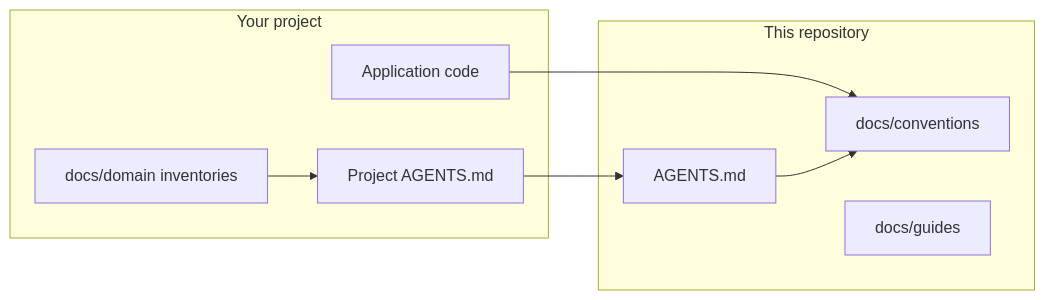
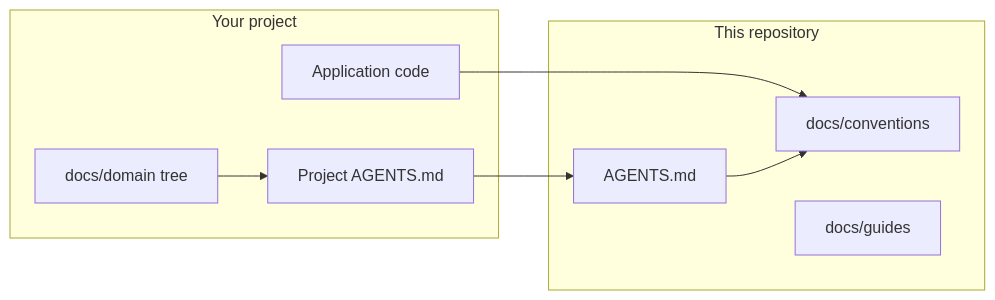
One commit to Litenova-Solutions/Engineering-Standards changed the diagram in README.md. Above: the diagram before and after it, drawn with Mermaid. The commit also changed other lines of this file and 69 other files, not shown here.

````diff
--- a/README.md
+++ b/README.md
@@ -7,17 +7,17 @@
 ```mermaid
 flowchart LR
   subgraph consume [Your project]
     App[Application code]
     Shim[Project AGENTS.md]
-    Domain[docs/domain inventories]
+    Domain[docs/domain tree]
   end
   subgraph standards [This repository]
     Agents[AGENTS.md]
     Conv[docs/conventions]
     Guides[docs/guides]
   end
   Shim --> Agents
   App --> Conv
   Domain --> Shim
   Agents --> Conv
 ```
````
